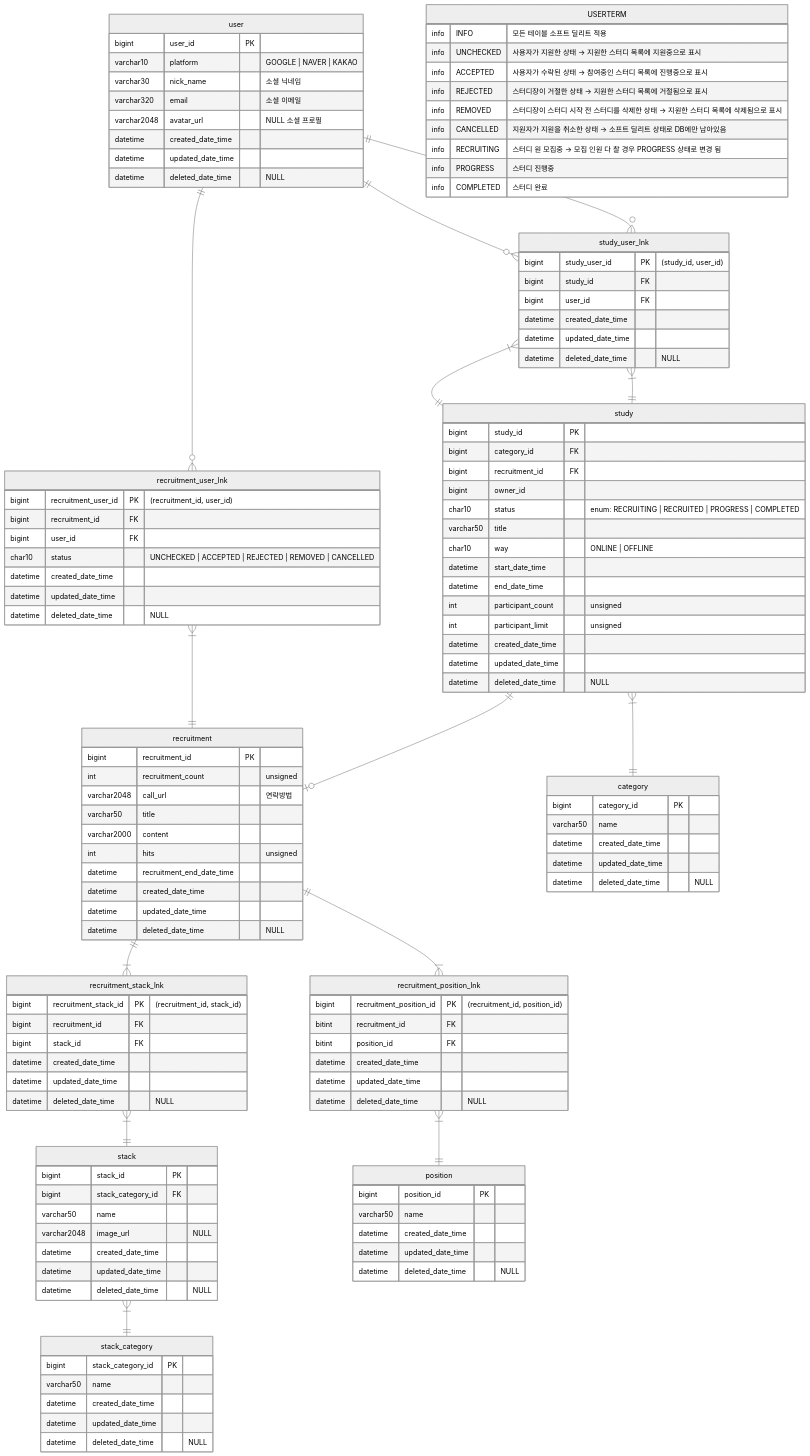
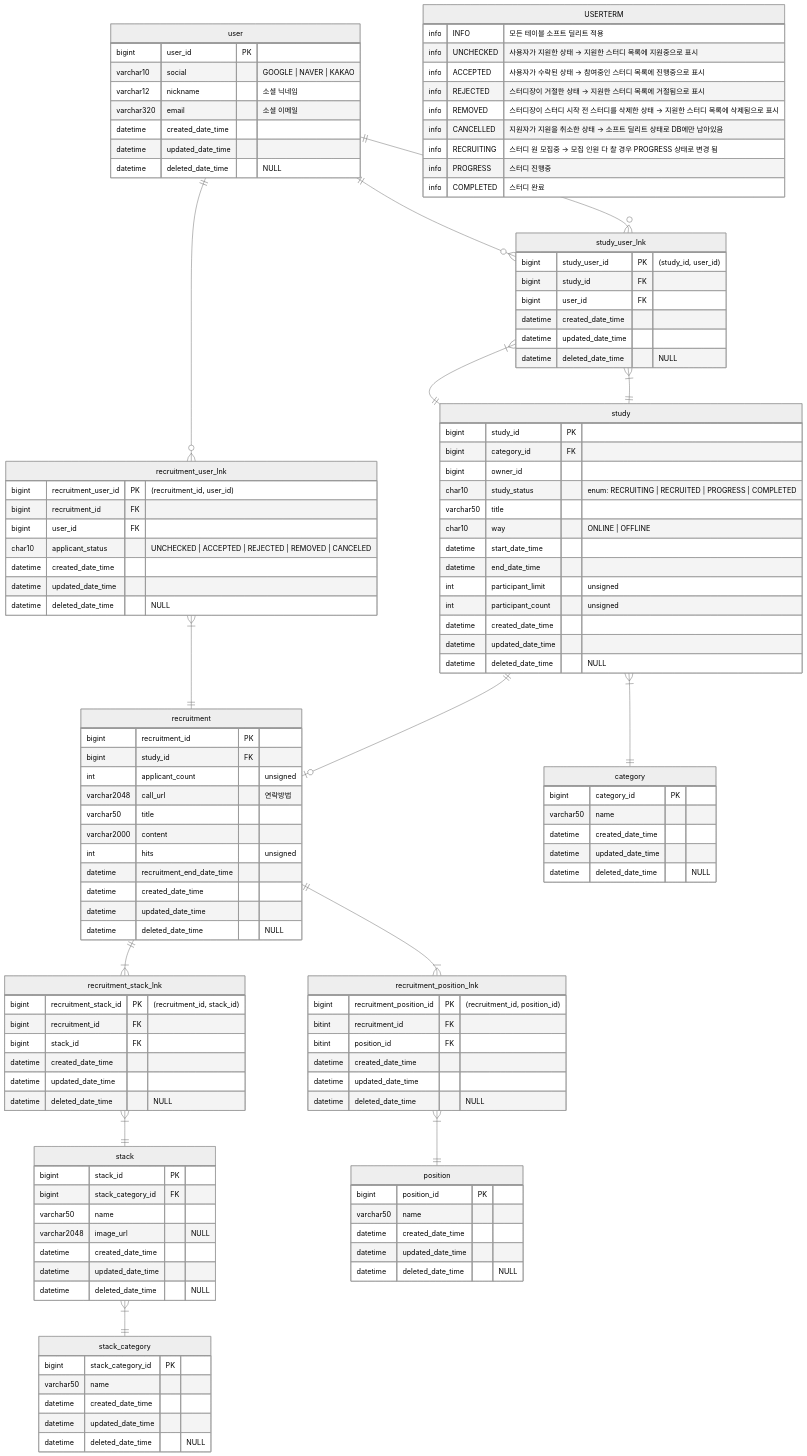
The diagram in docs/erd.md (Ludo-SMP/ludo-backend), drawn with Mermaid before and after one commit. The commit also changed other lines of this file, not shown here.

Commit message:
docs: erd 변경사항 수정

```diff
--- a/docs/erd.md
+++ b/docs/erd.md
@@ -135,10 +135,9 @@
 
     user {
         bigint user_id PK
-        varchar10 platform "GOOGLE | NAVER | KAKAO"
-        varchar30 nick_name "소셜 닉네임"
+        varchar10 social "GOOGLE | NAVER | KAKAO"
+        varchar12 nickname "소셜 닉네임"
         varchar320 email "소셜 이메일"
-        varchar2048 avatar_url "NULL 소셜 프로필"
         datetime created_date_time
         datetime updated_date_time
         datetime deleted_date_time "NULL"
@@ -147,17 +146,15 @@
     study {
         bigint study_id PK
         bigint category_id FK
-        bigint recruitment_id FK
         bigint owner_id
 
-        char10 status "enum: RECRUITING | RECRUITED | PROGRESS | COMPLETED"
+        char10 study_status "enum: RECRUITING | RECRUITED | PROGRESS | COMPLETED"
         varchar50 title
         char10 way "ONLINE | OFFLINE"
         datetime start_date_time
         datetime end_date_time
+        int participant_limit "unsigned"
         int participant_count "unsigned"
-        int participant_limit "unsigned"
-
         datetime created_date_time
         datetime updated_date_time
         datetime deleted_date_time "NULL"
@@ -165,7 +162,8 @@
 
     recruitment {
         bigint recruitment_id PK
-        int recruitment_count "unsigned"
+        bigint study_id FK
+        int applicant_count "unsigned"
         varchar2048 call_url "연락방법"
         varchar50 title
         varchar2000 content
@@ -189,7 +187,7 @@
         bigint recruitment_user_id PK "(recruitment_id, user_id)"
         bigint recruitment_id FK
         bigint user_id FK
-        char10 status "UNCHECKED | ACCEPTED | REJECTED | REMOVED | CANCELLED"
+        char10 applicant_status "UNCHECKED | ACCEPTED | REJECTED | REMOVED | CANCELED"
         datetime created_date_time
         datetime updated_date_time
         datetime deleted_date_time "NULL"
```
